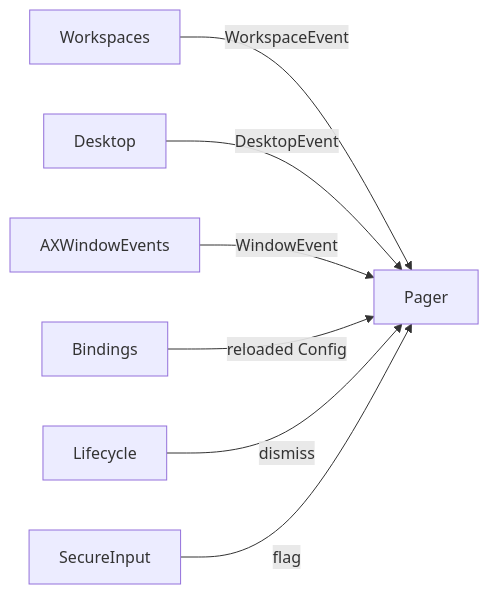
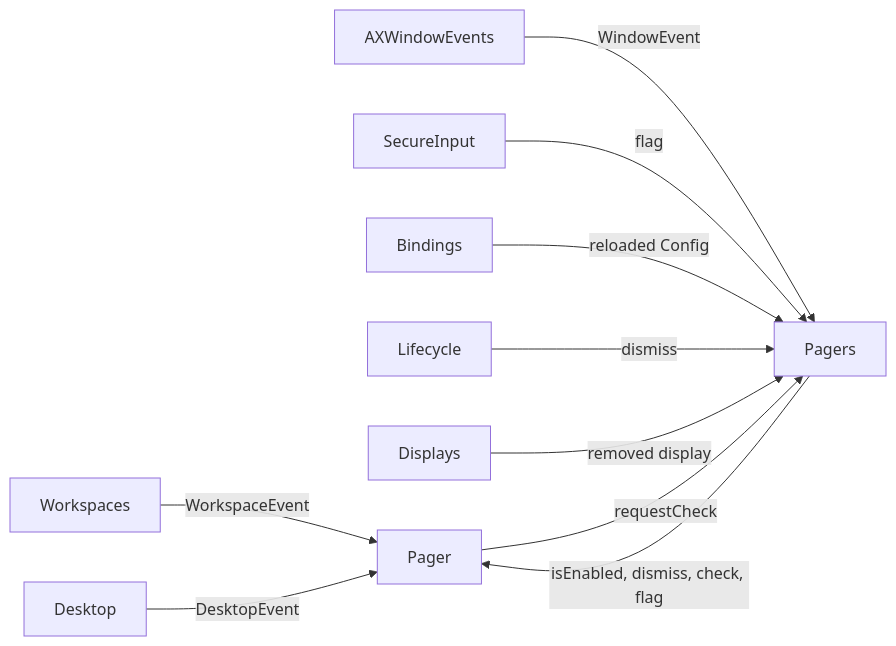
Before and after one commit to brennovich/ottowm: the ninth of 25 diagrams in ARCHITECTURE.md, drawn with Mermaid. The commit also changed other lines of this file and 71 other files, not shown here.

First line of the commit message:
Run one engine and one Pager per display

````diff
--- a/ARCHITECTURE.md
+++ b/ARCHITECTURE.md
@@ -159,9 +176,12 @@
 ```mermaid
 flowchart LR
     Workspaces -->|WorkspaceEvent| Pager
     Desktop -->|DesktopEvent| Pager
-    AXWindowEvents -->|WindowEvent| Pager
-    Bindings -->|reloaded Config| Pager
-    Lifecycle -->|dismiss| Pager
-    SecureInput -->|flag| Pager
+    AXWindowEvents -->|WindowEvent| Pagers
+    SecureInput -->|flag| Pagers
+    Bindings -->|reloaded Config| Pagers
+    Lifecycle -->|dismiss| Pagers
+    Displays -->|removed display| Pagers
+    Pager -->|requestCheck| Pagers
+    Pagers -->|"isEnabled, dismiss, check, flag"| Pager
 ```
````
